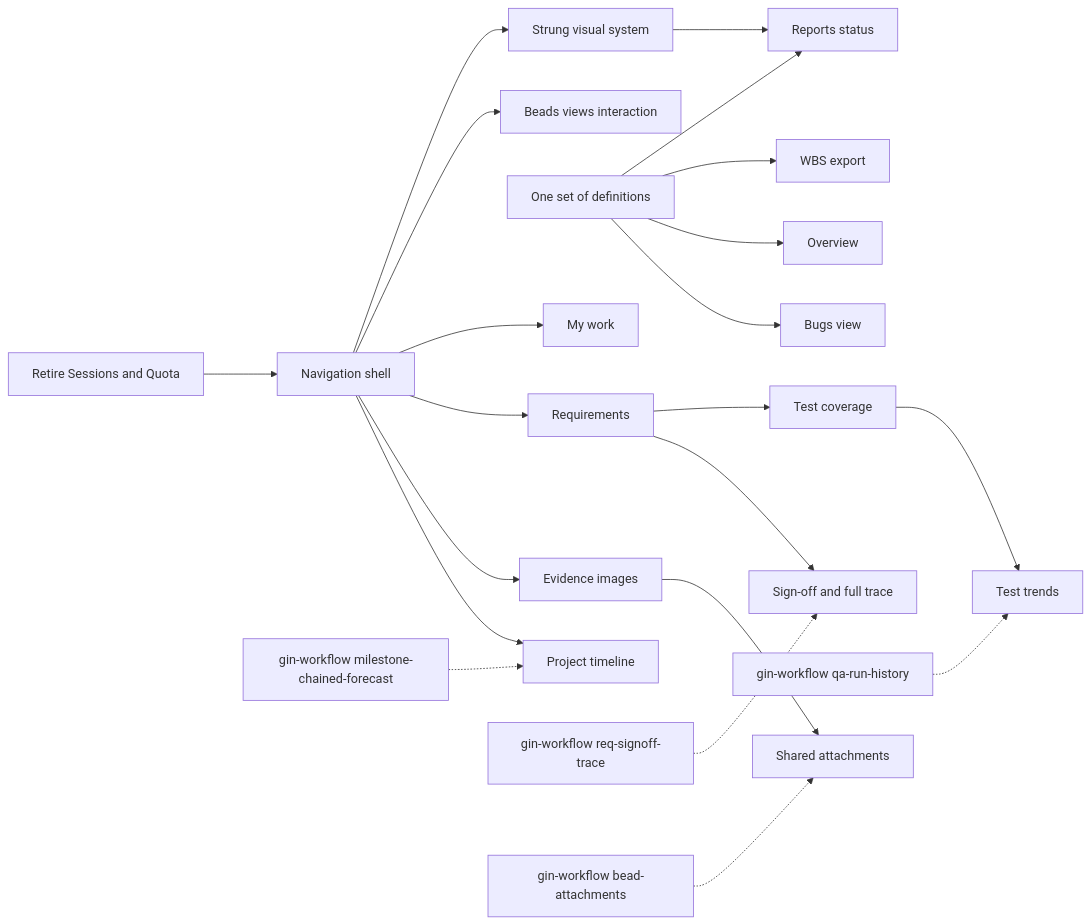
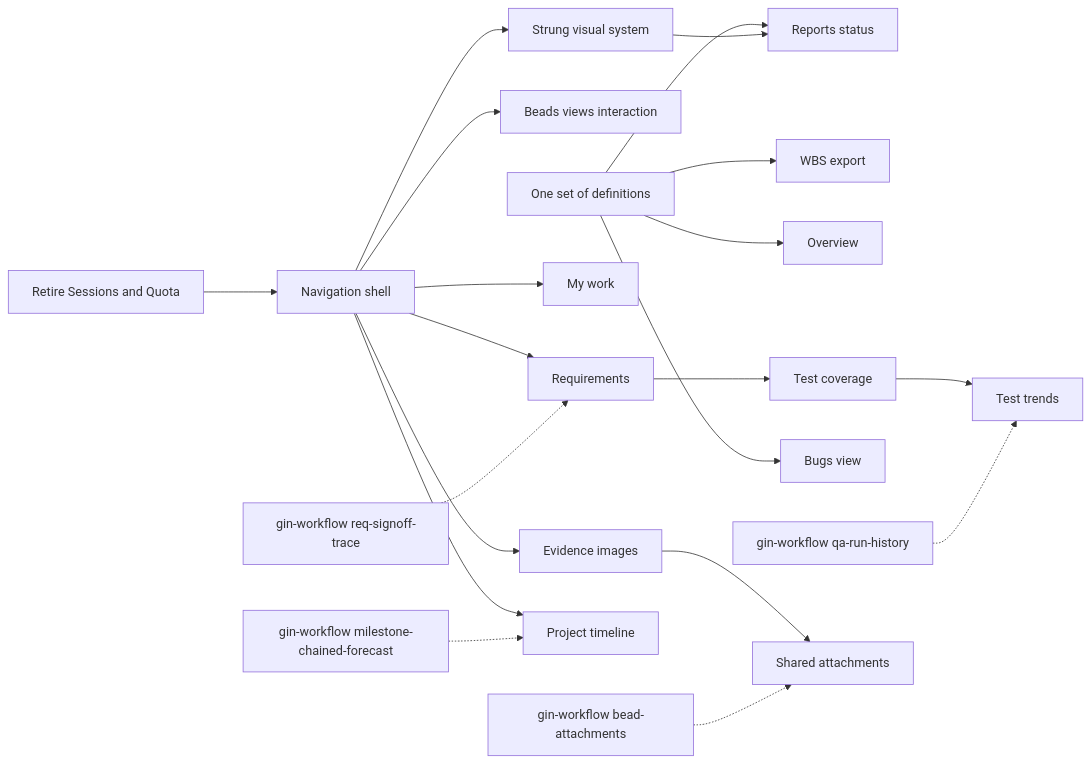
One commit to giangdhwhtbr/gin-console changed the diagram in docs/roadmap.md. Above: the diagram before and after it, drawn with Mermaid. The commit also changed other lines of this file and 12 other files, not shown here.

````diff
--- a/docs/roadmap.md
+++ b/docs/roadmap.md
@@ -67,23 +68,22 @@
 ```mermaid
 flowchart LR
   retire[Retire Sessions and Quota] --> shell[Navigation shell]
   shell --> strung[Strung visual system]
   shell --> beadsviews[Beads views interaction]
   defs[One set of definitions] --> status[Reports status]
   strung --> status
   defs --> wbs[WBS export]
   defs --> overview[Overview]
   shell --> mywork[My work]
   shell --> reqs[Requirements]
   reqs --> tests[Test coverage]
   defs --> bugs[Bugs view]
   shell --> imgA[Evidence images]
   shell --> timeline[Project timeline]
   gw1[gin-workflow milestone-chained-forecast] -.-> timeline
-  reqs --> signoff[Sign-off and full trace]
-  gw2[gin-workflow req-signoff-trace] -.-> signoff
+  gw2[gin-workflow req-signoff-trace] -.-> reqs
   tests --> trends[Test trends]
   gw3[gin-workflow qa-run-history] -.-> trends
   imgA --> imgB[Shared attachments]
   gw4[gin-workflow bead-attachments] -.-> imgB
 ```
````
